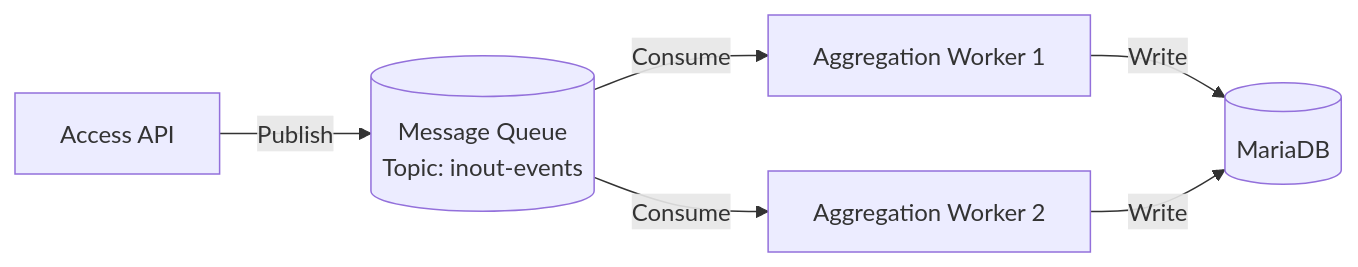
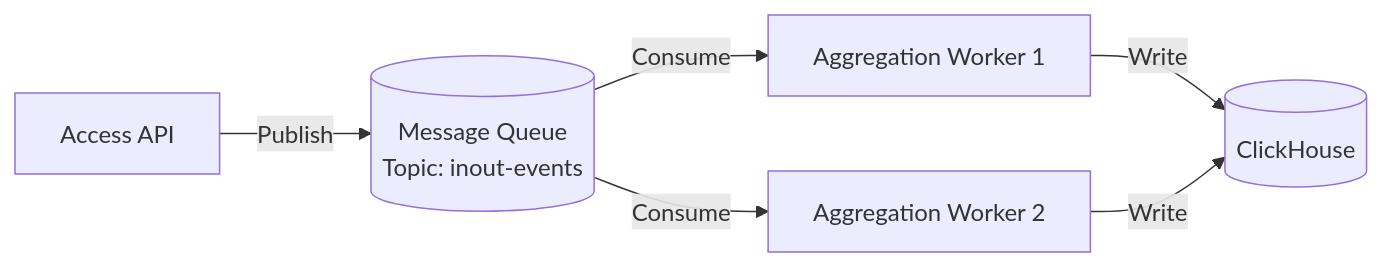
Before and after one commit to XintiWu/TSM-Access-Control-System: the fourth of 12 diagrams in manual.md, drawn with Mermaid. The commit also changed other lines of this file and 31 other files, not shown here.

First line of the commit message:
refactor: migrate all persistence to ClickHouse and remove MariaDB

````diff
--- a/manual.md
+++ b/manual.md
@@ -206,8 +206,8 @@
 ```mermaid
 graph LR
     API[Access API] -->|Publish| Q[(Message Queue <br> Topic: inout-events)]
     Q -->|Consume| W1[Aggregation Worker 1]
     Q -->|Consume| W2[Aggregation Worker 2]
-    W1 -->|Write| DB[(MariaDB)]
+    W1 -->|Write| DB[(ClickHouse)]
     W2 -->|Write| DB
 ```
````
